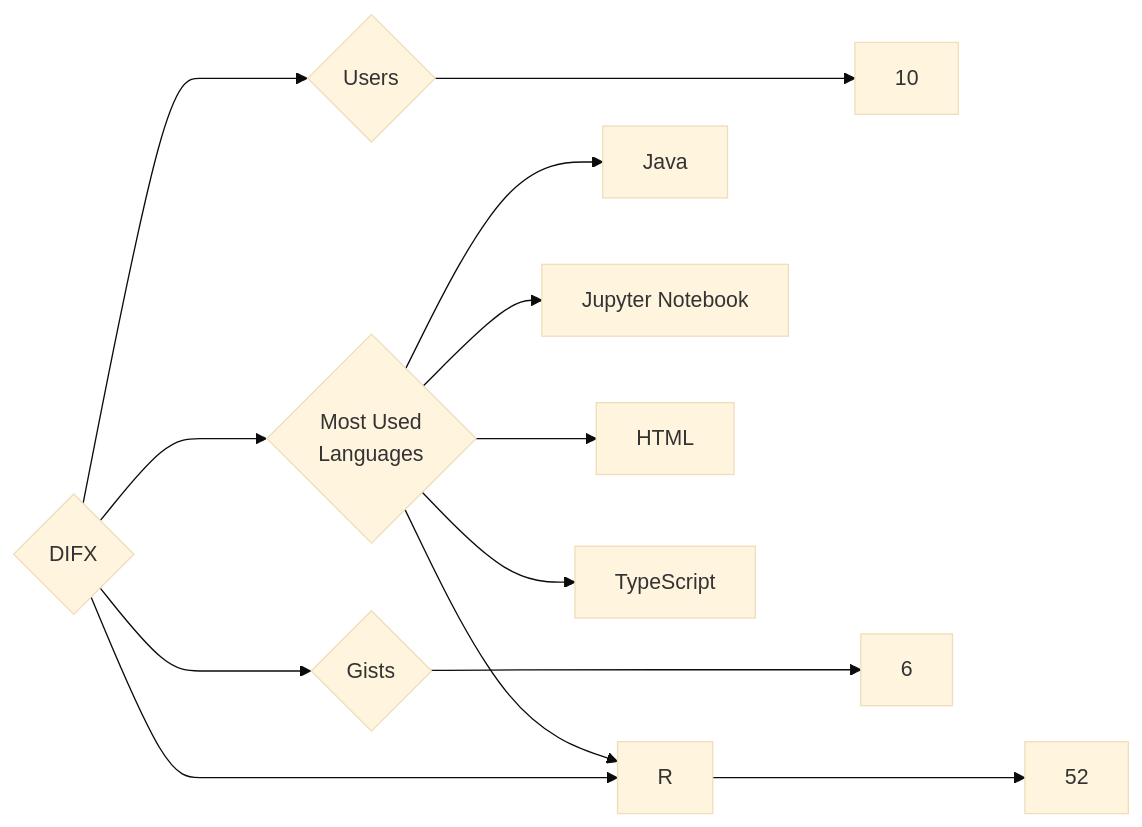
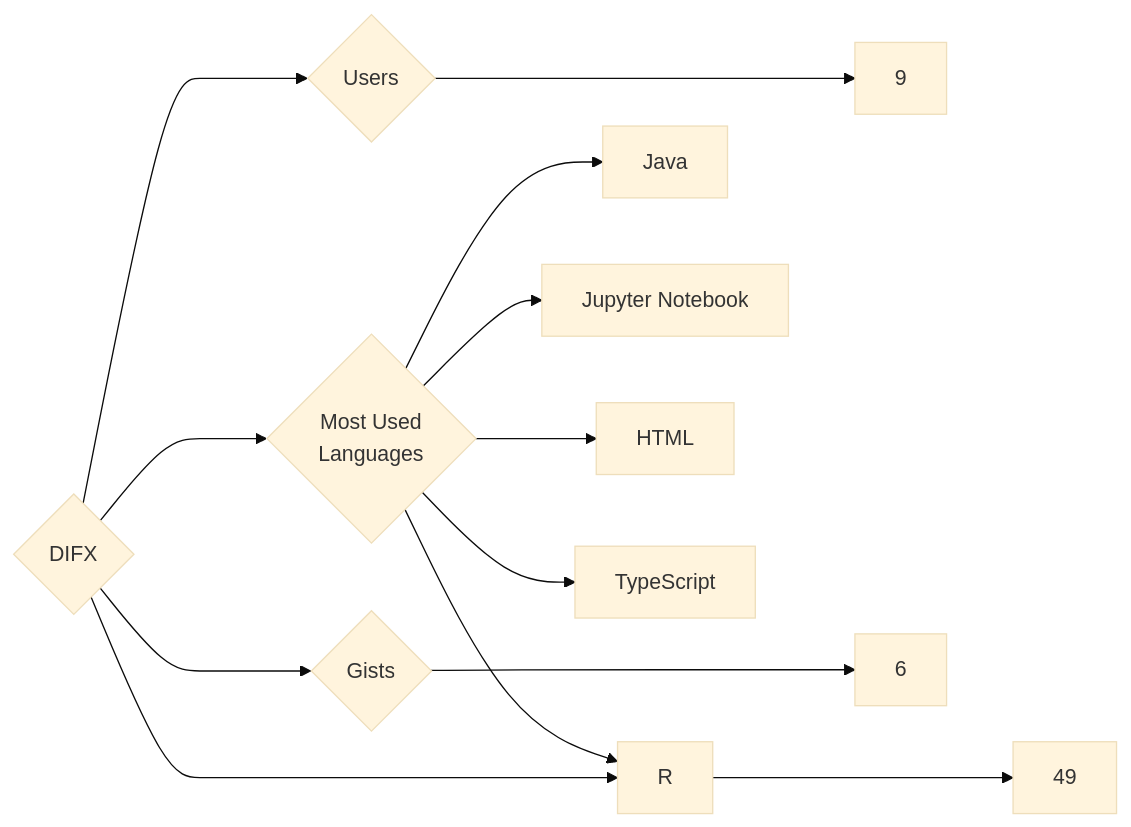
Before and after one commit to trickest/insiders: the diagram in targets/DIFX/README.md, drawn with Mermaid (base theme). The commit also changed 1123 other files, not shown here.

````diff
--- a/targets/DIFX/README.md
+++ b/targets/DIFX/README.md
@@ -3,13 +3,13 @@
 ```mermaid
 graph LR
 COMPANY_NAME{DIFX}
-COMPANY_NAME ---> U{Users} ---> UN[10]
-COMPANY_NAME ---> R{Repositories} ---> RN[52]
+COMPANY_NAME ---> U{Users} ---> UN[9]
+COMPANY_NAME ---> R{Repositories} ---> RN[49]
 COMPANY_NAME ---> G{Gists} ---> GN[6]
 COMPANY_NAME ---> ML{Most Used<br>Languages}
 ML --> Java[Java]
 ML --> Jupyter_Notebook[Jupyter Notebook]
 ML --> HTML[HTML]
 ML --> TypeScript[TypeScript]
 ML --> R[R]
 ```
````
